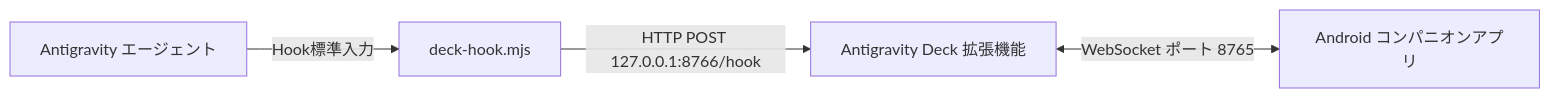
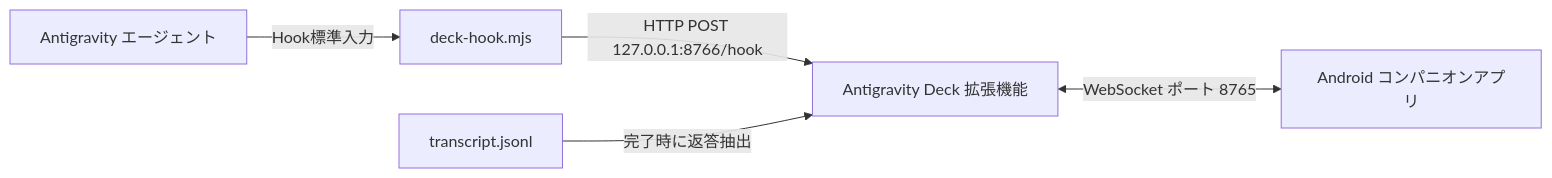
Before and after one commit to Altairu/Antigravity-Deck: the diagram in README.md, drawn with Mermaid. The commit also changed other lines of this file and 3 other files, not shown here.

````diff
--- a/README.md
+++ b/README.md
@@ -23,6 +41,7 @@
 ```mermaid
 flowchart LR
     AG[Antigravity エージェント] -->|"Hook標準入力"| HK[deck-hook.mjs]
     HK -->|"HTTP POST 127.0.0.1:8766/hook"| EX[Antigravity Deck 拡張機能]
+    TR[transcript.jsonl] -->|"完了時に返答抽出"| EX
     EX <-->|"WebSocket ポート 8765"| AN[Android コンパニオンアプリ]
 ```
````
